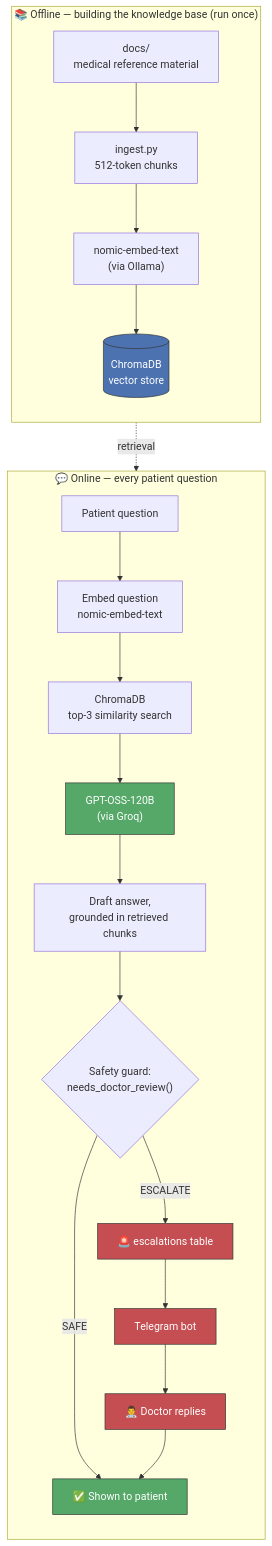
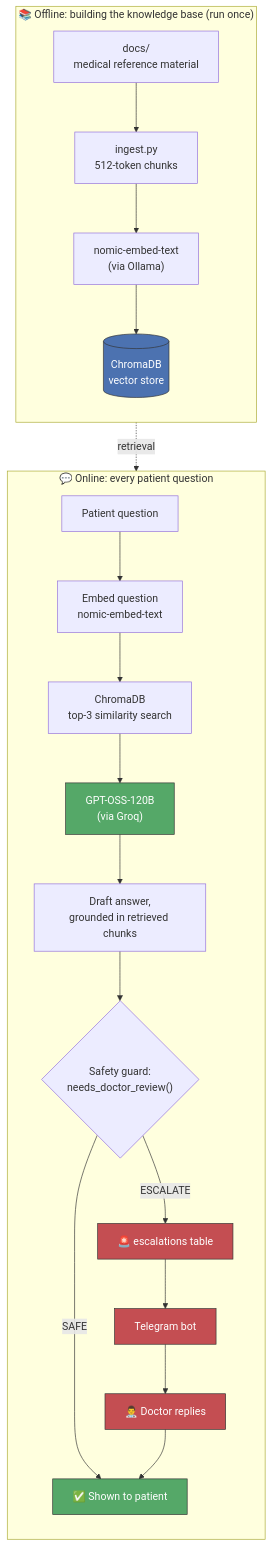
Before and after one commit to Farshad-Farahtaj/CARA-Complexity-Aware-memory-grounded-Agentic-RAG: the diagram in README.md, drawn with Mermaid. The commit also changed other lines of this file, not shown here.

````diff
--- a/README.md
+++ b/README.md
@@ -109,32 +111,32 @@
 ```mermaid
 flowchart TB
-    subgraph Offline["📚 Offline — building the knowledge base (run once)"]
+    subgraph Offline["📚 Offline: building the knowledge base (run once)"]
         direction TB
         A["docs/<br/>medical reference material"] --> B["ingest.py<br/>512-token chunks"]
         B --> C["nomic-embed-text<br/>(via Ollama)"]
         C --> D[("ChromaDB<br/>vector store")]
     end
 
-    subgraph Online["💬 Online — every patient question"]
+    subgraph Online["💬 Online: every patient question"]
         direction TB
         E["Patient question"] --> F["Embed question<br/>nomic-embed-text"]
         F --> G["ChromaDB<br/>top-3 similarity search"]
         G --> H["GPT-OSS-120B<br/>(via Groq)"]
         H --> I["Draft answer,<br/>grounded in retrieved chunks"]
         I --> J{"Safety guard:<br/>needs_doctor_review()"}
         J -->|SAFE| K["✅ Shown to patient"]
         J -->|ESCALATE| L["🚨 escalations table"]
         L --> M["Telegram bot"]
         M --> N["👨‍⚕️ Doctor replies"]
         N --> K
     end
 
     D -.retrieval.-> G
 
     classDef store fill:#4C72B0,color:#fff,stroke:#333;
     classDef llm fill:#55A868,color:#fff,stroke:#333;
     classDef escalate fill:#C44E52,color:#fff,stroke:#333;
     class D store;
     class H,K llm;
     class L,M,N escalate;
 ```
````
